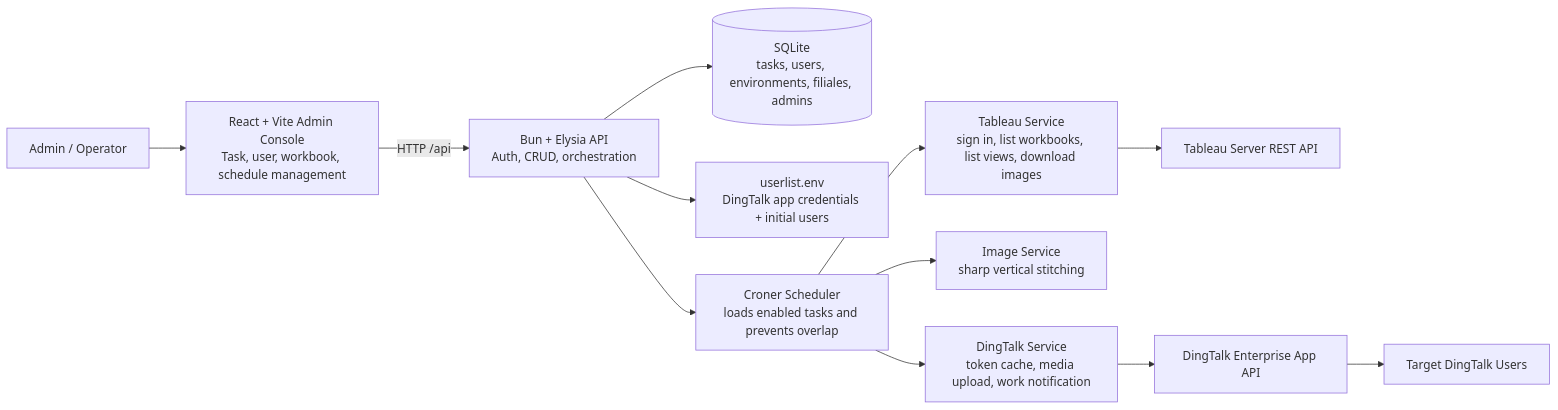
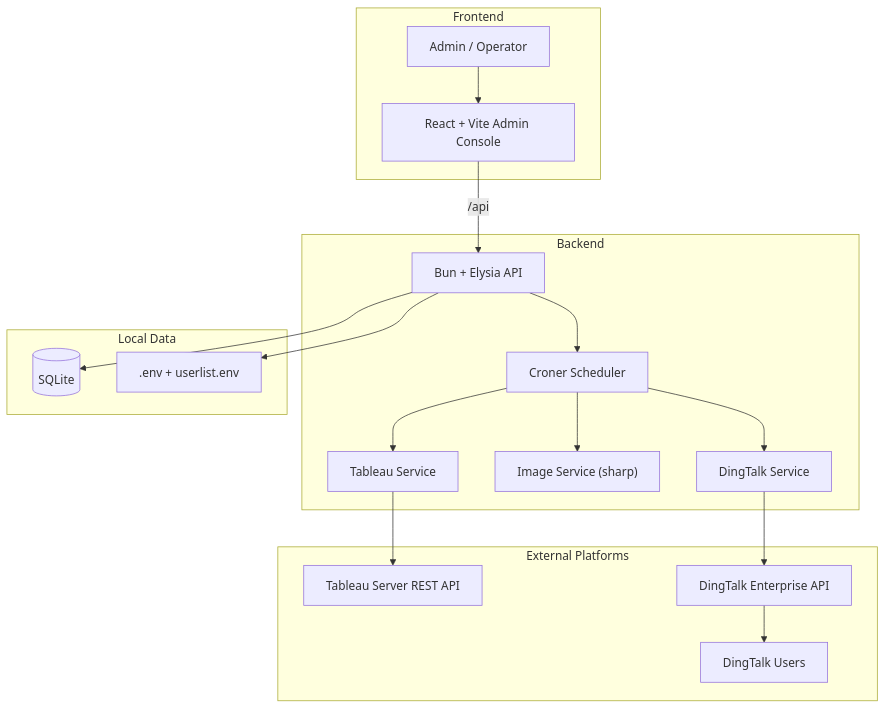
The second of 5 diagrams in README.MD (imgwho/tableauPushDing), drawn with Mermaid before and after one commit. The commit also changed other lines of this file, not shown here.

````diff
--- a/README.MD
+++ b/README.MD
@@ -39,16 +61,36 @@
 ```mermaid
-flowchart LR
-  Operator["Admin / Operator"] --> Frontend["React + Vite Admin Console\nTask, user, workbook, schedule management"]
-  Frontend -->|HTTP /api| Backend["Bun + Elysia API\nAuth, CRUD, orchestration"]
+flowchart TB
+  subgraph UI["Frontend"]
+    Admin["Admin / Operator"] --> Web["React + Vite Admin Console"]
+  end
 
-  Backend --> DB[("SQLite\ntasks, users, environments, filiales, admins")]
-  Backend --> Config["userlist.env\nDingTalk app credentials + initial users"]
-  Backend --> Scheduler["Croner Scheduler\nloads enabled tasks and prevents overlap"]
+  subgraph App["Backend"]
+    API["Bun + Elysia API"]
+    Scheduler["Croner Scheduler"]
+    TableauSvc["Tableau Service"]
+    ImageSvc["Image Service (sharp)"]
+    DingSvc["DingTalk Service"]
+  end
 
-  Scheduler --> TableauSvc["Tableau Service\nsign in, list workbooks, list views, download images"]
-  TableauSvc --> Tableau["Tableau Server REST API"]
-  Scheduler --> ImageSvc["Image Service\nsharp vertical stitching"]
-  Scheduler --> DingSvc["DingTalk Service\ntoken cache, media upload, work notification"]
-  DingSvc --> DingTalk["DingTalk Enterprise App API"]
-  DingTalk --> Users["Target DingTalk Users"]
+  subgraph Data["Local Data"]
+    DB[("SQLite")]
+    Config[".env + userlist.env"]
+  end
+
+  subgraph External["External Platforms"]
+    Tableau["Tableau Server REST API"]
+    DingTalk["DingTalk Enterprise API"]
+    Users["DingTalk Users"]
+  end
+
+  Web -->|/api| API
+  API --> DB
+  API --> Config
+  API --> Scheduler
+  Scheduler --> TableauSvc
+  TableauSvc --> Tableau
+  Scheduler --> ImageSvc
+  Scheduler --> DingSvc
+  DingSvc --> DingTalk
+  DingTalk --> Users
 ```
````
